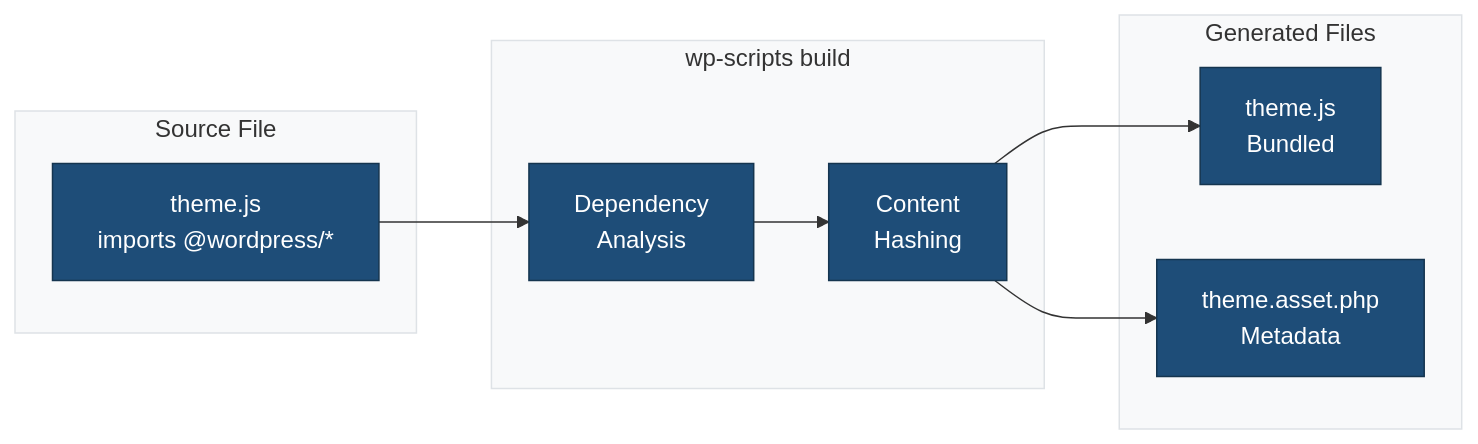
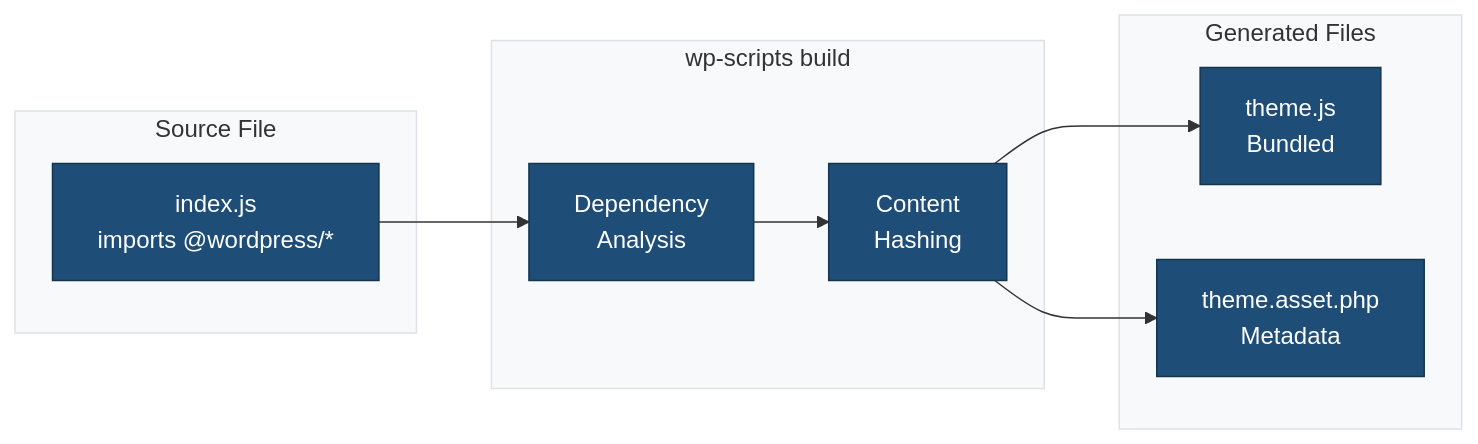
Before and after one commit to lightspeedwp/single-block-plugin-scaffold: the second of 2 diagrams in docs/WP-SCRIPTS-CONFIGURATION.md, drawn with Mermaid. The commit also changed other lines of this file and 4 other files, not shown here.

````diff
--- a/docs/WP-SCRIPTS-CONFIGURATION.md
+++ b/docs/WP-SCRIPTS-CONFIGURATION.md
@@ -353,22 +351,22 @@
 ```mermaid
 %%{init: {'theme': 'base', 'themeVariables': { 'primaryColor': '#1e4d78', 'primaryTextColor': '#ffffff', 'primaryBorderColor': '#15354f', 'lineColor': '#333333', 'secondaryColor': '#f0f0f0', 'tertiaryColor': '#e8e8e8', 'background': '#ffffff', 'mainBkg': '#1e4d78', 'textColor': '#333333', 'nodeBorder': '#15354f', 'clusterBkg': '#f8f9fa', 'clusterBorder': '#dee2e6', 'titleColor': '#333333'}}}%%
 flowchart LR
     subgraph Input["Source File"]
-        JS["theme.js<br/>imports @wordpress/*"]
+        JS["index.js<br/>imports @wordpress/*"]
     end
 
     subgraph Process["wp-scripts build"]
         Analyze["Dependency<br/>Analysis"]
         Hash["Content<br/>Hashing"]
     end
 
     subgraph Output["Generated Files"]
         Built["theme.js<br/>Bundled"]
         Asset["theme.asset.php<br/>Metadata"]
     end
 
     JS --> Analyze
     Analyze --> Hash
     Hash --> Built
     Hash --> Asset
 ```
````
